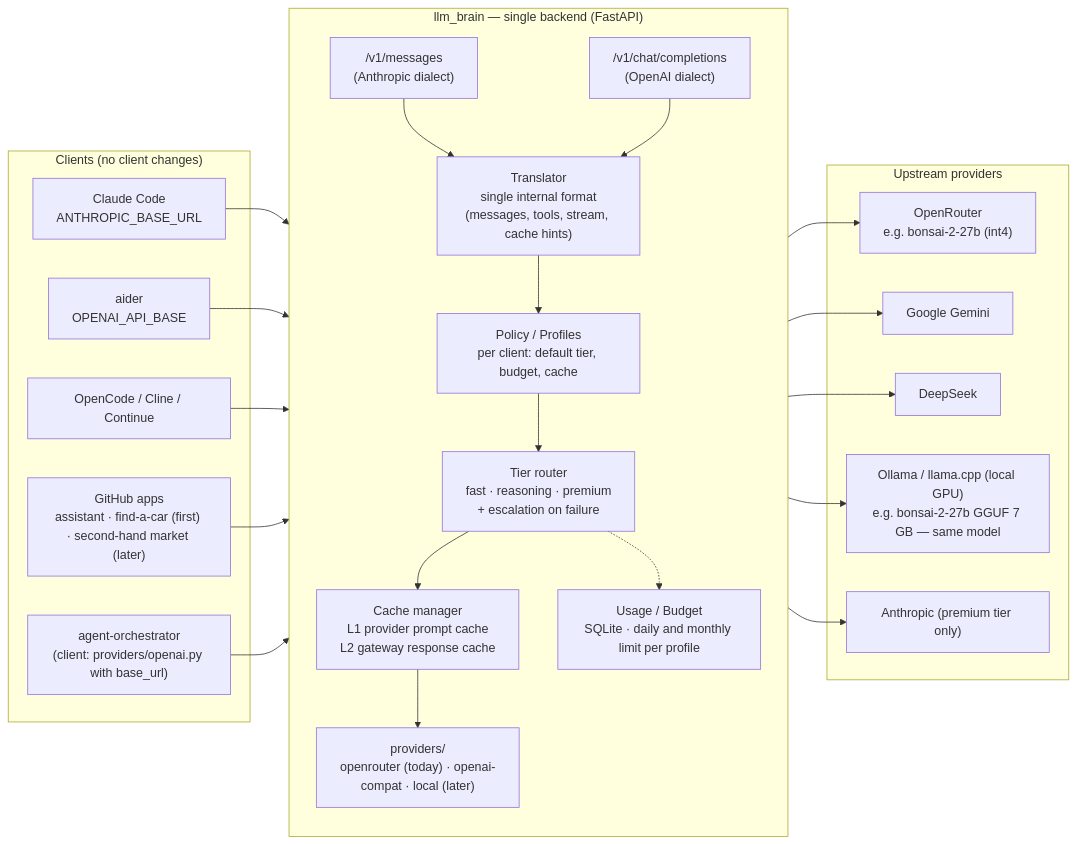
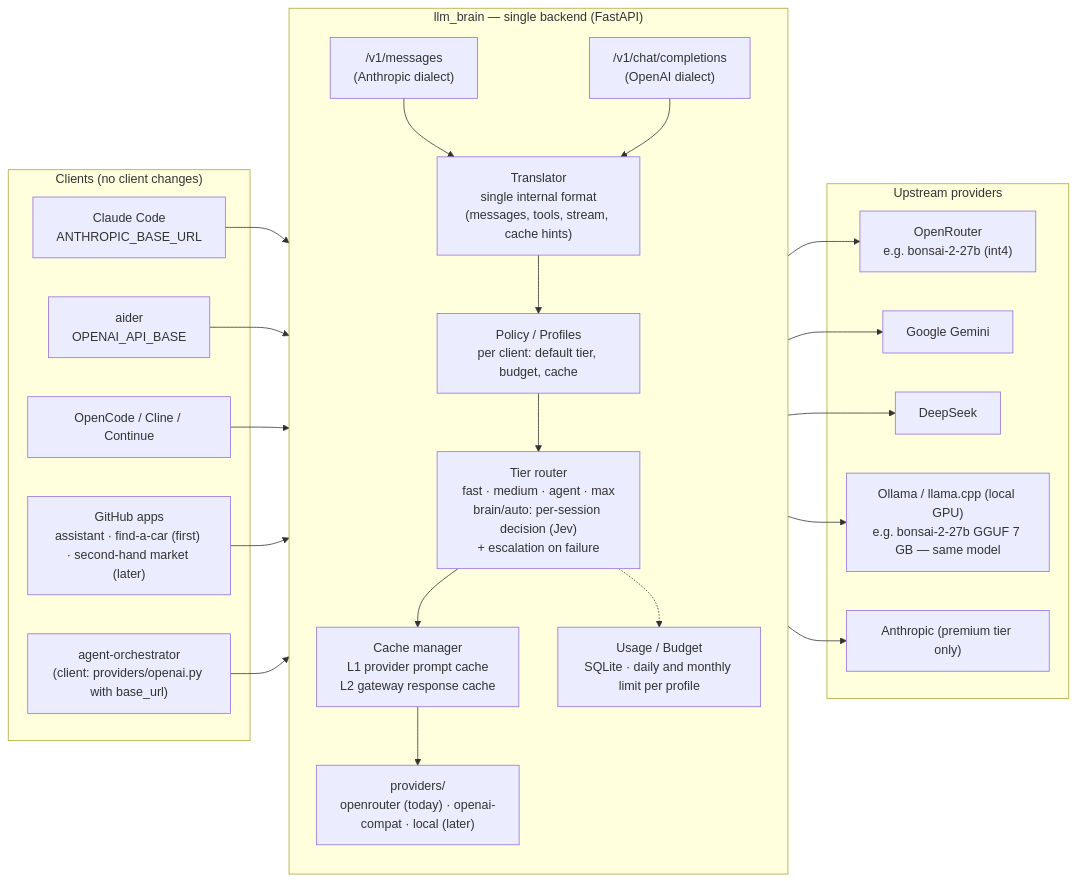
The diagram in docs/architecture/api-layer.md (pjcau/llm_brain), drawn with Mermaid before and after one commit. The commit also changed other lines of this file and 18 other files, not shown here.

First line of the commit message:
feat(proxy): brain/auto — tier chosen once per session by a decision model

````diff
--- a/docs/architecture/api-layer.md
+++ b/docs/architecture/api-layer.md
@@ -12,42 +12,42 @@
 ```mermaid
 flowchart LR
     subgraph CLIENTS["Clients (no client changes)"]
         CC["Claude Code<br/>ANTHROPIC_BASE_URL"]
         AID["aider<br/>OPENAI_API_BASE"]
         OC["OpenCode / Cline / Continue"]
         APPS["GitHub apps<br/>assistant · find-a-car (first) · second-hand market (later)"]
         AGO["agent-orchestrator<br/>(client: providers/openai.py with base_url)"]
     end
 
     subgraph BRAIN["llm_brain — single backend (FastAPI)"]
         direction TB
         EP_A["/v1/messages<br/>(Anthropic dialect)"]
         EP_O["/v1/chat/completions<br/>(OpenAI dialect)"]
         TR["Translator<br/>single internal format<br/>(messages, tools, stream, cache hints)"]
         POL["Policy / Profiles<br/>per client: default tier, budget, cache"]
-        RT["Tier router<br/>fast · reasoning · premium<br/>+ escalation on failure"]
+        RT["Tier router<br/>fast · medium · agent · max<br/>brain/auto: per-session decision (Jev)<br/>+ escalation on failure"]
         CACHE["Cache manager<br/>L1 provider prompt cache<br/>L2 gateway response cache"]
         USG["Usage / Budget<br/>SQLite · daily and monthly limit per profile"]
         PV["providers/<br/>openrouter (today) · openai-compat · local (later)"]
     end
 
     subgraph UPSTREAM["Upstream providers"]
         OR["OpenRouter<br/>e.g. bonsai-2-27b (int4)"]
         GG["Google Gemini"]
         DS["DeepSeek"]
         OL["Ollama / llama.cpp (local GPU)<br/>e.g. bonsai-2-27b GGUF 7 GB — same model"]
         AN["Anthropic (premium tier only)"]
     end
 
     CC --> EP_A
     AID --> EP_O
     OC --> EP_O
     APPS --> EP_O
     AGO --> EP_O
     EP_A --> TR
     EP_O --> TR
     TR --> POL --> RT
     RT --> CACHE --> PV
     RT -.-> USG
     PV --> OR & GG & DS & OL & AN
 ```
````
